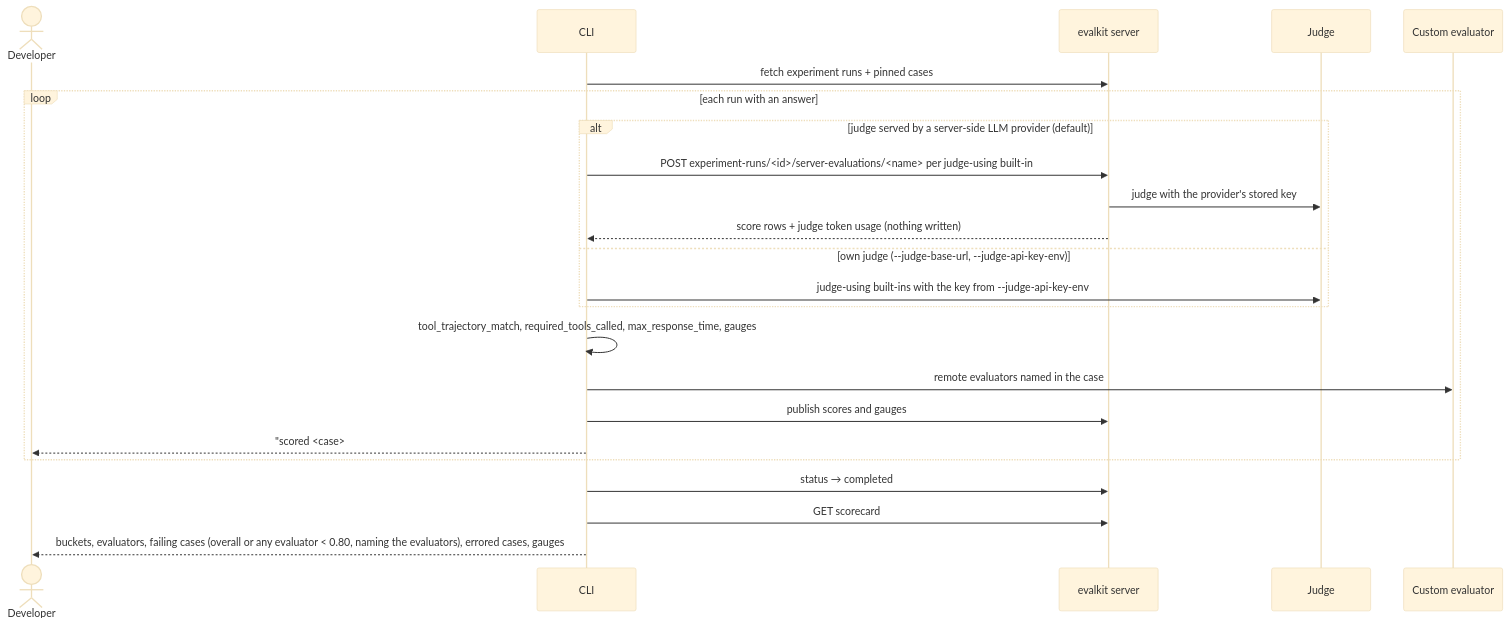
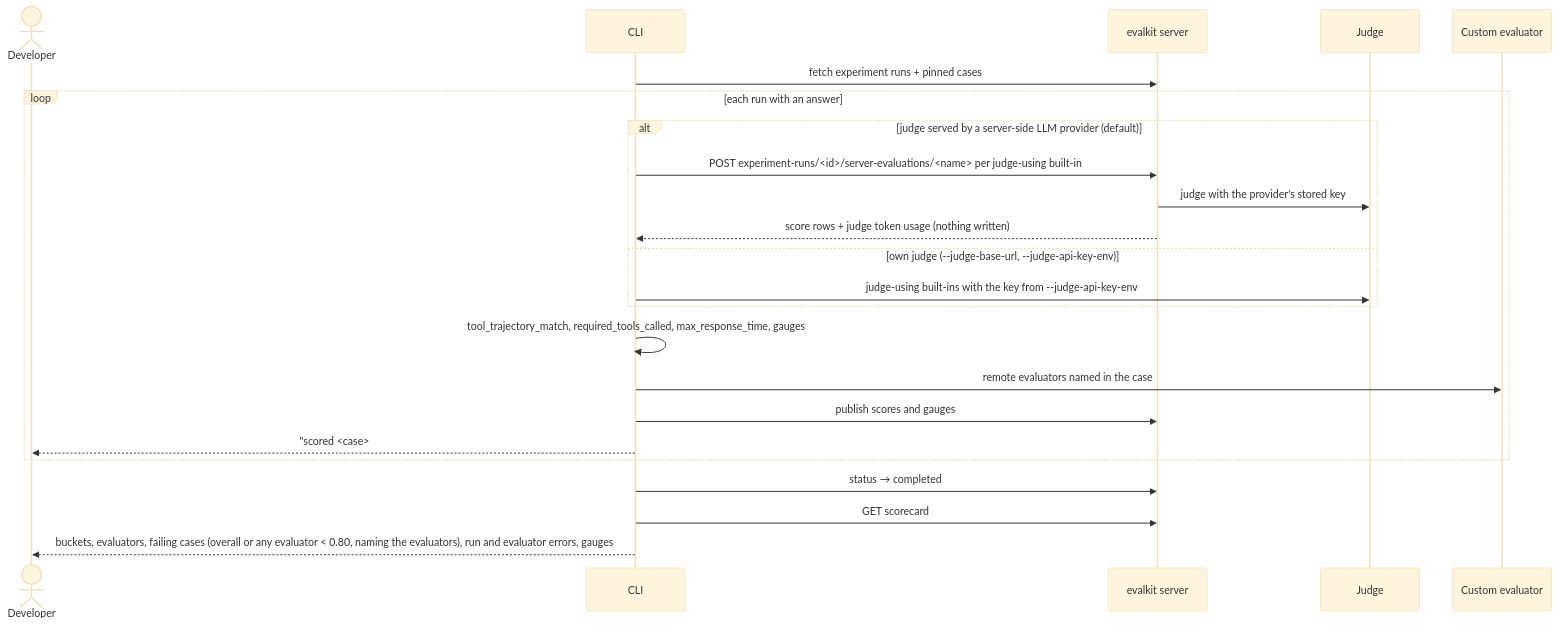
Before and after one commit to inferedge-ai/evalkit: the second of 3 diagrams in docs/flows/07-local-harness-run.md, drawn with Mermaid (base theme). The commit also changed 49 other files, not shown here.

````diff
--- a/docs/flows/07-local-harness-run.md
+++ b/docs/flows/07-local-harness-run.md
@@ -54,26 +54,26 @@
 ```mermaid
 sequenceDiagram
   actor Dev as Developer
   participant CLI
   participant S as evalkit server
   participant J as Judge
   participant E as Custom evaluator
 
   CLI->>S: fetch experiment runs + pinned cases
   loop each run with an answer
     alt judge served by a server-side LLM provider (default)
       CLI->>S: POST experiment-runs/#lt;id#gt;/server-evaluations/#lt;name#gt; per judge-using built-in
       S->>J: judge with the provider's stored key
       S-->>CLI: score rows + judge token usage (nothing written)
     else own judge (--judge-base-url, --judge-api-key-env)
       CLI->>J: judge-using built-ins with the key from --judge-api-key-env
     end
     CLI->>CLI: tool_trajectory_match, required_tools_called, max_response_time, gauges
     CLI->>E: remote evaluators named in the case
     CLI->>S: publish scores and gauges
     CLI-->>Dev: "scored #lt;case#gt; ##lt;rep#gt; (#lt;n#gt; rows)"
   end
   CLI->>S: status → completed
   CLI->>S: GET scorecard
-  CLI-->>Dev: buckets, evaluators, failing cases (overall or any evaluator < 0.80, naming the evaluators), errored cases, gauges
+  CLI-->>Dev: buckets, evaluators, failing cases (overall or any evaluator < 0.80, naming the evaluators), run and evaluator errors, gauges
 ```
````
